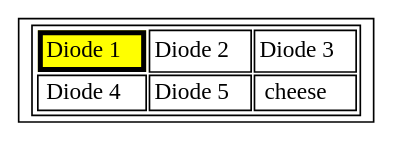
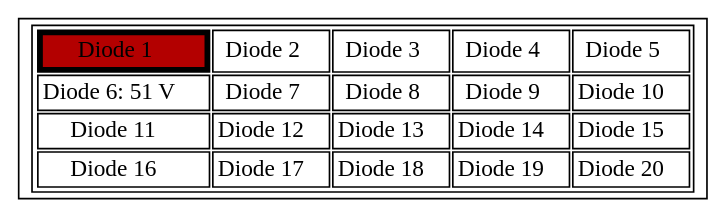
Before and after one commit to Karan-Takh/Diode-Dosimetry-Array: the diagram in array_table.gv, drawn with Graphviz. The commit also changed 2 other files, not shown here.

Commit message:
Test with different graphic settings

```diff
--- a/array_table.gv
+++ b/array_table.gv
@@ -1,15 +1,33 @@
 graph array_table {
 	node [bgcolor="brown:green" shape=rectangle]
 	"Diode Array" [label=<<TABLE>
- <TR>
-   <TD border="3" style="radial" bgcolor="yellow"  gradientangle="60">Diode 1</TD>
-   <TD>Diode 2</TD>
-   <TD>Diode 3</TD>
- </TR>
- <TR>
-   <TD>Diode 4</TD>
-   <TD>Diode 5</TD>
-   <TD>cheese</TD>
- </TR>
-</TABLE>>]
+    <TR>
+        <TD border="3" bgcolor="8" shape="square">Diode 1</TD>
+        <TD>Diode 2</TD>
+        <TD>Diode 3</TD>
+        <TD>Diode 4</TD>
+        <TD>Diode 5</TD>
+    </TR>
+    <TR>
+        <TD>Diode 6: 51 V</TD>
+        <TD>Diode 7</TD>
+        <TD>Diode 8</TD>
+        <TD>Diode 9</TD>
+        <TD>Diode 10</TD>
+    </TR>
+    <TR>
+        <TD>Diode 11</TD>
+        <TD>Diode 12</TD>
+        <TD>Diode 13</TD>
+        <TD>Diode 14</TD>
+        <TD>Diode 15</TD>
+    </TR>
+    <TR>
+        <TD>Diode 16</TD>
+        <TD>Diode 17</TD>
+        <TD>Diode 18</TD>
+        <TD>Diode 19</TD>
+        <TD>Diode 20</TD>
+    </TR>
+</TABLE>> colorscheme=orrd9]
 }
```
